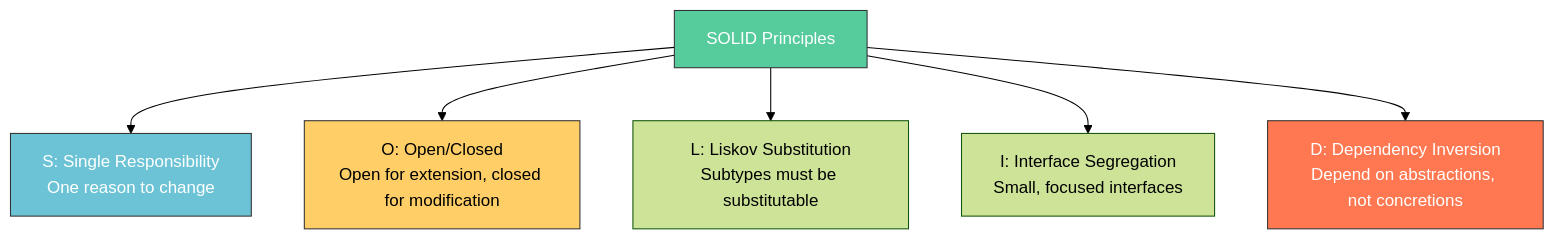
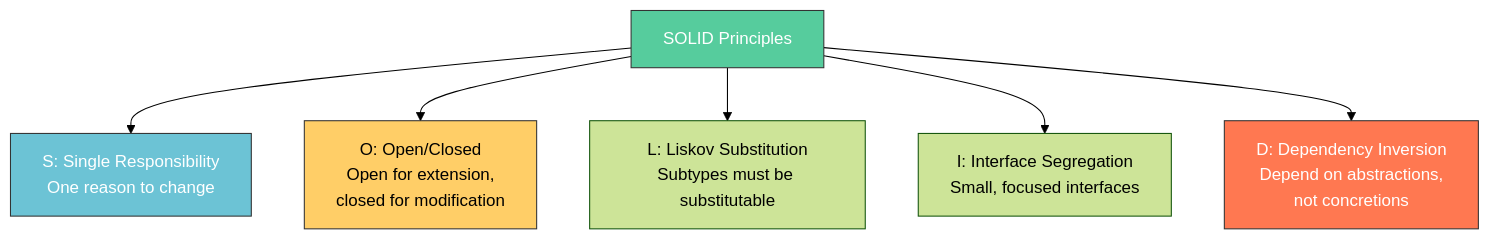
The second of 10 diagrams in posts/swe-interview/Python-SWE-Interview-QA-3.qmd (tanquangduong/tanquangduong.github.io), drawn with Mermaid (forest theme) before and after one commit. The commit also changed other lines of this file and 10 other files, not shown here.

````diff
--- a/posts/swe-interview/Python-SWE-Interview-QA-3.qmd
+++ b/posts/swe-interview/Python-SWE-Interview-QA-3.qmd
@@ -124,15 +124,15 @@
 ```{mermaid}
 graph TD
     linkStyle default stroke:#000,color:#000
     SOLID["SOLID Principles"]
     SOLID --> S["S: Single Responsibility<br/>One reason to change"]
-    SOLID --> O["O: Open/Closed<br/>Open for extension, closed for modification"]
+    SOLID --> O["O: Open/Closed<br/>Open for extension,<br/>closed for modification"]
     SOLID --> L["L: Liskov Substitution<br/>Subtypes must be substitutable"]
     SOLID --> I["I: Interface Segregation<br/>Small, focused interfaces"]
-    SOLID --> D["D: Dependency Inversion<br/>Depend on abstractions, not concretions"]
+    SOLID --> D["D: Dependency Inversion<br/>Depend on abstractions,<br/>not concretions"]
 
     style SOLID fill:#56cc9d,stroke:#333,color:#fff
     style S fill:#6cc3d5,stroke:#333,color:#fff
     style O fill:#ffce67,stroke:#333
     style D fill:#ff7851,stroke:#333,color:#fff
 ```
````
